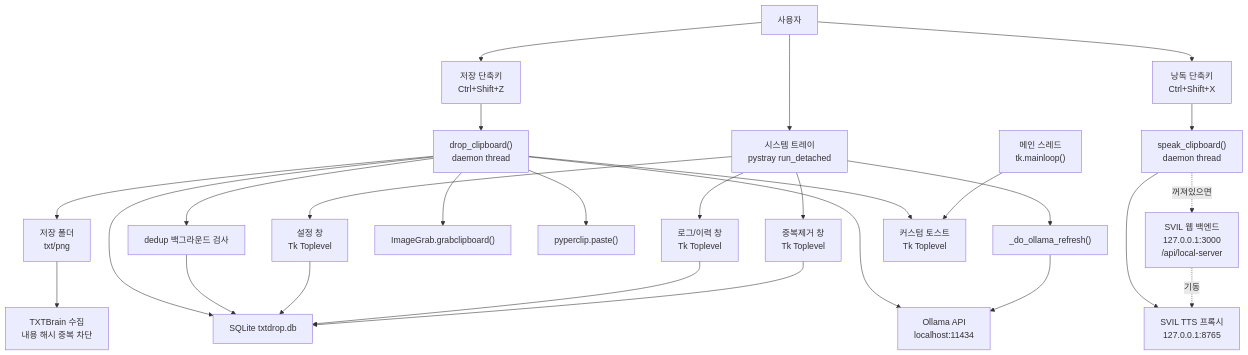
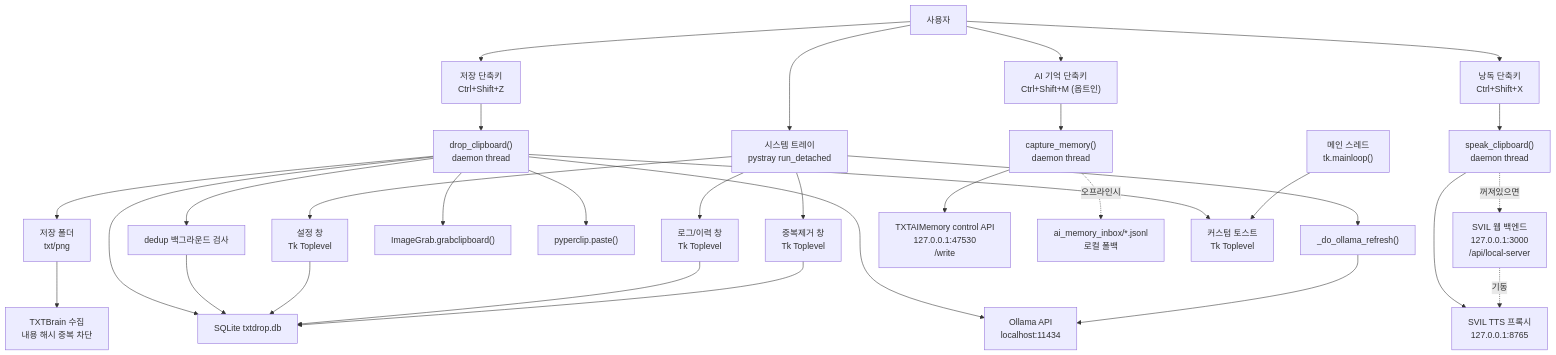
One commit to kuroicode-beep/TXTDrop changed the diagram in docs/outline-wiki/txtdrop-architecture.md. Above: the diagram before and after it, drawn with Mermaid. The commit also changed other lines of this file and 4 other files, not shown here.

````diff
--- a/docs/outline-wiki/txtdrop-architecture.md
+++ b/docs/outline-wiki/txtdrop-architecture.md
@@ -11,29 +11,33 @@
 ```mermaid
 flowchart TD
   User["사용자"] --> Hotkey["저장 단축키<br/>Ctrl+Shift+Z"]
   User --> HotkeyTts["낭독 단축키<br/>Ctrl+Shift+X"]
+  User --> HotkeyMem["AI 기억 단축키<br/>Ctrl+Shift+M (옵트인)"]
   User --> Tray["시스템 트레이<br/>pystray run_detached"]
   Hotkey --> Drop["drop_clipboard()<br/>daemon thread"]
   HotkeyTts --> Speak["speak_clipboard()<br/>daemon thread"]
+  HotkeyMem --> Capture["capture_memory()<br/>daemon thread"]
   Tray --> Settings["설정 창<br/>Tk Toplevel"]
   Tray --> LogWindow["로그/이력 창<br/>Tk Toplevel"]
   Tray --> DedupWindow["중복제거 창<br/>Tk Toplevel"]
   Tray --> OllamaRefresh["_do_ollama_refresh()"]
   Drop --> ImageGrab["ImageGrab.grabclipboard()"]
   Drop --> TextGrab["pyperclip.paste()"]
   Drop --> FileSystem["저장 폴더<br/>txt/png"]
   Drop --> Config["SQLite txtdrop.db"]
   Drop --> Ollama["Ollama API<br/>localhost:11434"]
   Drop --> Dedup["dedup 백그라운드 검사"]
   Dedup --> Config
   Speak --> Tts["SVIL TTS 프록시<br/>127.0.0.1:8765"]
   Speak -.꺼져있으면.-> WebBackend["SVIL 웹 백엔드<br/>127.0.0.1:3000<br/>/api/local-server"]
   WebBackend -.기동.-> Tts
+  Capture --> MemApi["TXTAIMemory control API<br/>127.0.0.1:47530<br/>/write"]
+  Capture -.오프라인시.-> MemFallback["ai_memory_inbox/*.jsonl<br/>로컬 폴백"]
   FileSystem --> TxtBrain["TXTBrain 수집<br/>내용 해시 중복 차단"]
   Drop --> Toast["커스텀 토스트<br/>Tk Toplevel"]
   Settings --> Config
   LogWindow --> Config
   DedupWindow --> Config
   OllamaRefresh --> Ollama
   MainThread["메인 스레드<br/>tk.mainloop()"] --> Toast
 ```
````
